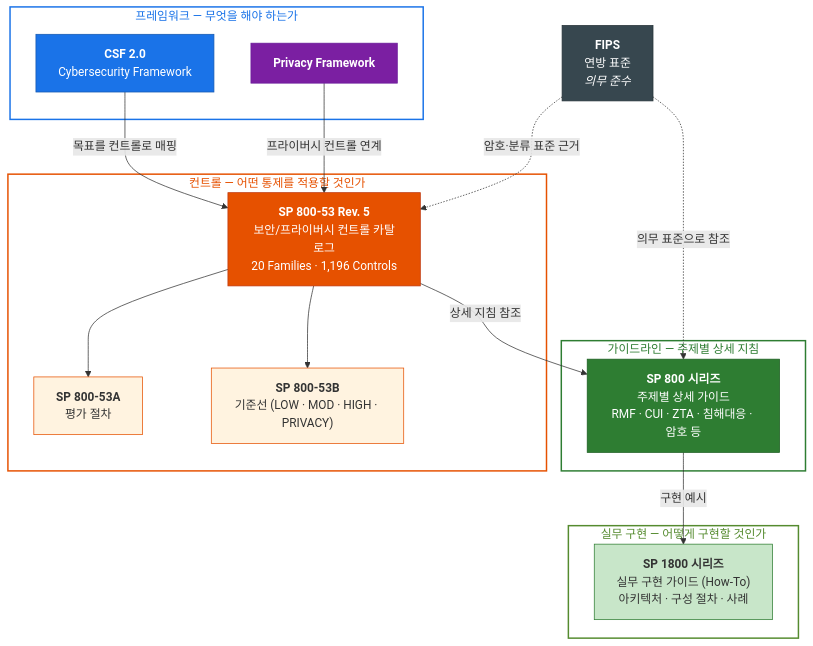
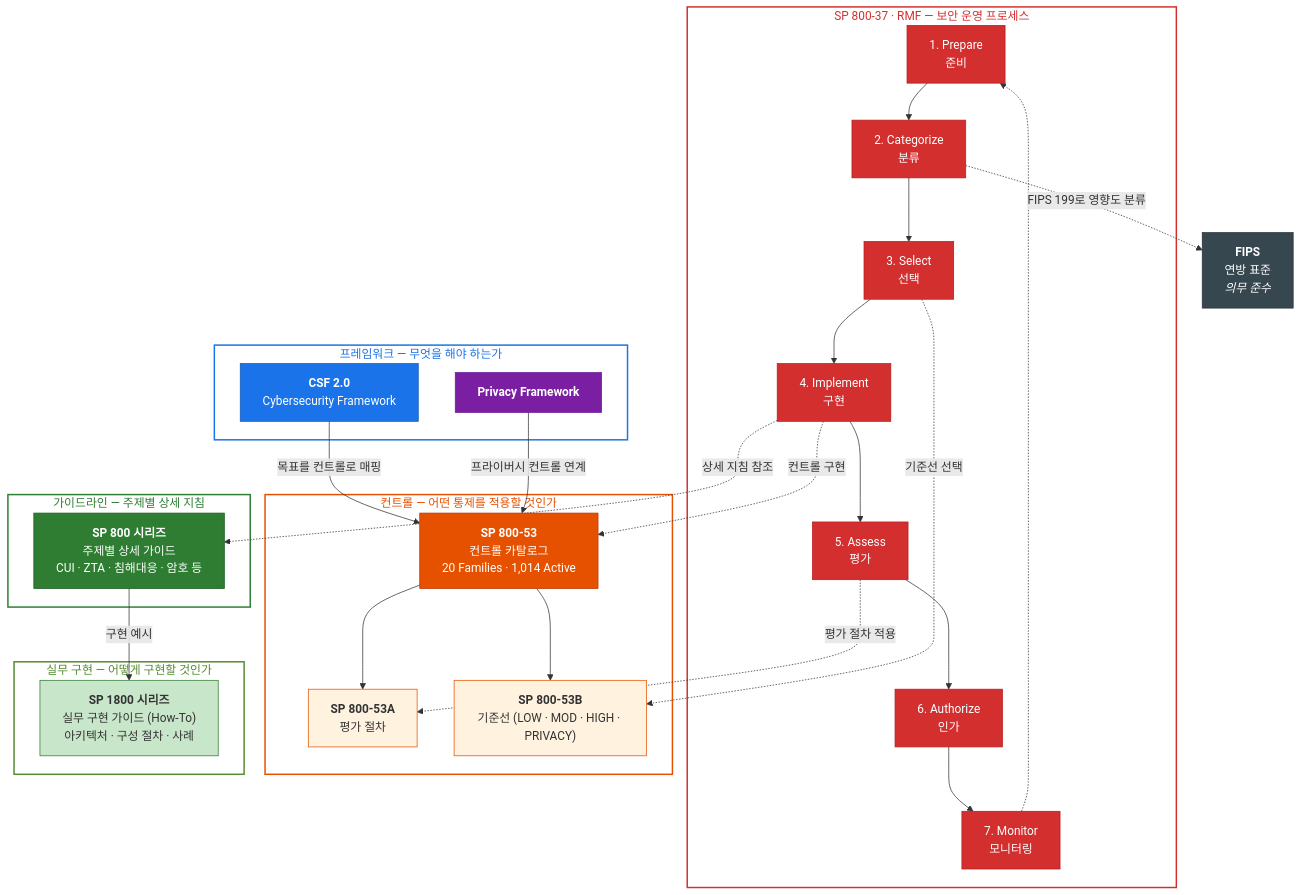
The second of 2 diagrams in NIST/README.md (zer0-kr/security-framework), drawn with Mermaid before and after one commit. The commit also changed other lines of this file, not shown here.

Commit message:
Add RMF (SP 800-37) to relationship diagram as central process axis
The RMF 7-step cycle is now prominently displayed in the diagram,
showing how each step connects to specific NIST documents:
- Step 2 Categorize → FIPS 199
- Step 3 Select → SP 800-53B baselines
- Step 4 Implement → SP 800-53 controls + SP 800 guides
- Step 5 Assess → SP 800-53A procedures
- Step 7 Monitor loops back to Step 1

RMF displayed in red to distinguish from document hierarchy.
Intro text updated to explain RMF's role as the operational axis.

````diff
--- a/NIST/README.md
+++ b/NIST/README.md
@@ -49,45 +44,68 @@
 ```mermaid
 flowchart TB
     subgraph L1["프레임워크 — 무엇을 해야 하는가"]
         CSF["<b>CSF 2.0</b><br/>Cybersecurity Framework"]
         PF["<b>Privacy Framework</b>"]
     end
 
+    subgraph RMF["SP 800-37 · RMF — 보안 운영 프로세스"]
+        R1["1. Prepare<br/>준비"]
+        R2["2. Categorize<br/>분류"]
+        R3["3. Select<br/>선택"]
+        R4["4. Implement<br/>구현"]
+        R5["5. Assess<br/>평가"]
+        R6["6. Authorize<br/>인가"]
+        R7["7. Monitor<br/>모니터링"]
+        R1 --> R2 --> R3 --> R4 --> R5 --> R6 --> R7
+        R7 -.-> R1
+    end
+
     subgraph L2["컨트롤 — 어떤 통제를 적용할 것인가"]
-        CTRL["<b>SP 800-53 Rev. 5</b><br/>보안/프라이버시 컨트롤 카탈로그<br/>20 Families · 1,196 Controls"]
+        CTRL["<b>SP 800-53</b><br/>컨트롤 카탈로그<br/>20 Families · 1,014 Active"]
         ASSESS["<b>SP 800-53A</b><br/>평가 절차"]
         BASE["<b>SP 800-53B</b><br/>기준선 (LOW · MOD · HIGH · PRIVACY)"]
     end
 
     subgraph L3["가이드라인 — 주제별 상세 지침"]
-        SP800["<b>SP 800 시리즈</b><br/>주제별 상세 가이드<br/>RMF · CUI · ZTA · 침해대응 · 암호 등"]
+        SP800["<b>SP 800 시리즈</b><br/>주제별 상세 가이드<br/>CUI · ZTA · 침해대응 · 암호 등"]
     end
 
     subgraph L4["실무 구현 — 어떻게 구현할 것인가"]
         SP1800["<b>SP 1800 시리즈</b><br/>실무 구현 가이드 (How-To)<br/>아키텍처 · 구성 절차 · 사례"]
     end
 
     FIPS["<b>FIPS</b><br/>연방 표준<br/><i>의무 준수</i>"]
 
     CSF -- "목표를 컨트롤로 매핑" --> CTRL
     PF -- "프라이버시 컨트롤 연계" --> CTRL
     CTRL --> ASSESS
     CTRL --> BASE
-    CTRL -- "상세 지침 참조" --> SP800
+
+    R2 -. "FIPS 199로 영향도 분류" .-> FIPS
+    R3 -. "기준선 선택" .-> BASE
+    R4 -. "컨트롤 구현" .-> CTRL
+    R4 -. "상세 지침 참조" .-> SP800
+    R5 -. "평가 절차 적용" .-> ASSESS
     SP800 -- "구현 예시" --> SP1800
-    FIPS -. "암호·분류 표준 근거" .-> CTRL
-    FIPS -. "의무 표준으로 참조" .-> SP800
 
     style L1 fill:none,stroke:#1a73e8,stroke-width:2px,color:#1a73e8
+    style RMF fill:none,stroke:#d32f2f,stroke-width:2px,color:#d32f2f
     style L2 fill:none,stroke:#e65100,stroke-width:2px,color:#e65100
     style L3 fill:none,stroke:#2e7d32,stroke-width:2px,color:#2e7d32
     style L4 fill:none,stroke:#558b2f,stroke-width:2px,color:#558b2f
     style CSF fill:#1a73e8,stroke:#1558b0,color:#fff
     style PF fill:#7b1fa2,stroke:#6a1b9a,color:#fff
     style CTRL fill:#e65100,stroke:#bf360c,color:#fff
     style ASSESS fill:#fff3e0,stroke:#e65100,color:#333
     style BASE fill:#fff3e0,stroke:#e65100,color:#333
     style SP800 fill:#2e7d32,stroke:#1b5e20,color:#fff
     style SP1800 fill:#c8e6c9,stroke:#2e7d32,color:#333
     style FIPS fill:#37474f,stroke:#263238,color:#fff
+    style R1 fill:#d32f2f,stroke:#b71c1c,color:#fff
+    style R2 fill:#d32f2f,stroke:#b71c1c,color:#fff
+    style R3 fill:#d32f2f,stroke:#b71c1c,color:#fff
+    style R4 fill:#d32f2f,stroke:#b71c1c,color:#fff
+    style R5 fill:#d32f2f,stroke:#b71c1c,color:#fff
+    style R6 fill:#d32f2f,stroke:#b71c1c,color:#fff
+    style R7 fill:#d32f2f,stroke:#b71c1c,color:#fff
 ```
````
